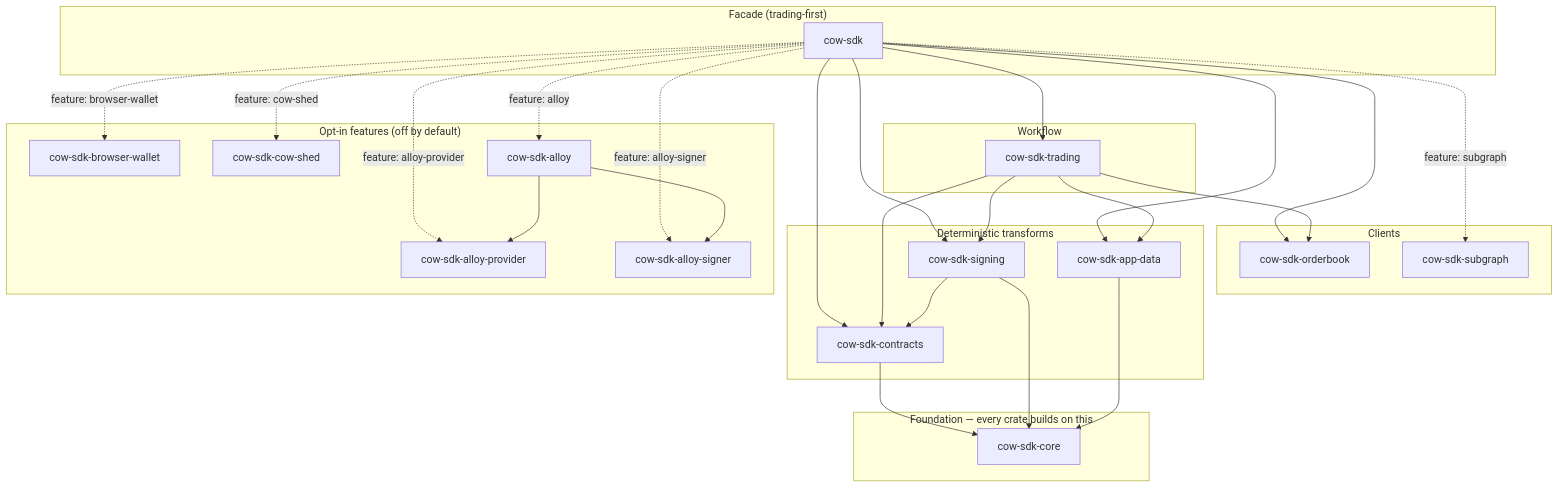
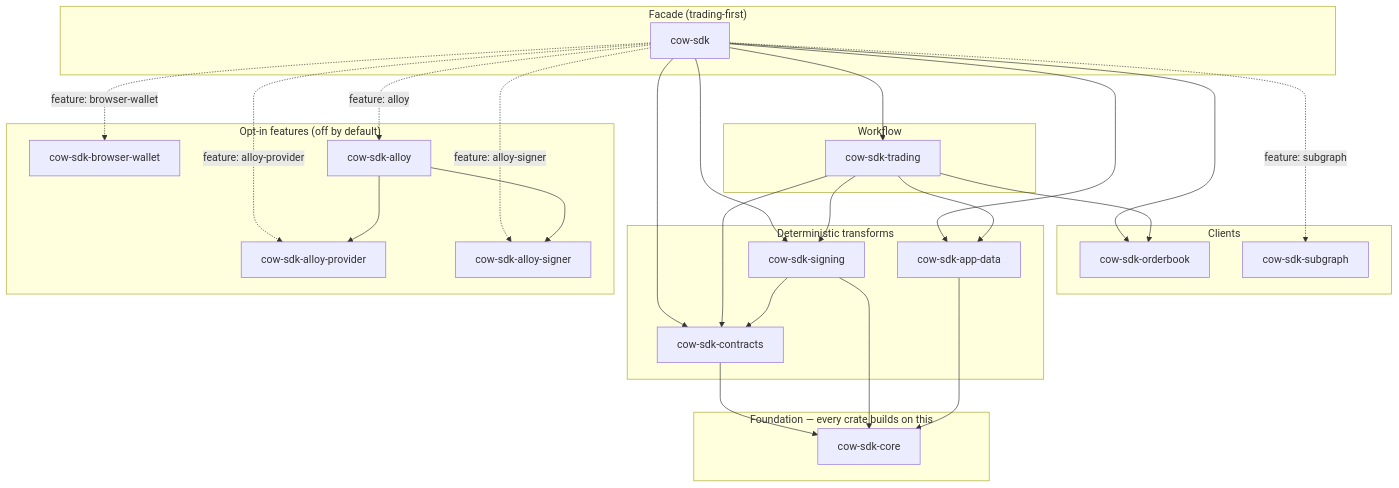
Before and after one commit to 0xSymbiome/cow-rs: the first of 2 diagrams in docs/architecture.md, drawn with Mermaid. The commit also changed other lines of this file and 96 other files, not shown here.

````diff
--- a/docs/architecture.md
+++ b/docs/architecture.md
@@ -6,50 +6,48 @@
 ```mermaid
 flowchart TD
   subgraph cl_facade["Facade (trading-first)"]
     sdk["cow-sdk"]
   end
   subgraph cl_workflow["Workflow"]
     trading["cow-sdk-trading"]
   end
   subgraph cl_clients["Clients"]
     orderbook["cow-sdk-orderbook"]
     subgraph_crate["cow-sdk-subgraph"]
   end
   subgraph cl_transforms["Deterministic transforms"]
     contracts["cow-sdk-contracts"]
     signing["cow-sdk-signing"]
     appdata["cow-sdk-app-data"]
   end
   subgraph cl_features["Opt-in features (off by default)"]
     wallet["cow-sdk-browser-wallet"]
-    cow_shed["cow-sdk-cow-shed"]
     alloy["cow-sdk-alloy"]
     alloy_provider["cow-sdk-alloy-provider"]
     alloy_signer["cow-sdk-alloy-signer"]
   end
   subgraph cl_foundation["Foundation — every crate builds on this"]
     core["cow-sdk-core"]
   end
 
   sdk --> trading
   sdk --> orderbook
   sdk --> contracts
   sdk --> signing
   sdk --> appdata
   sdk -.->|feature: subgraph| subgraph_crate
   sdk -.->|feature: browser-wallet| wallet
-  sdk -.->|feature: cow-shed| cow_shed
   sdk -.->|feature: alloy| alloy
   sdk -.->|feature: alloy-provider| alloy_provider
   sdk -.->|feature: alloy-signer| alloy_signer
   trading --> orderbook
   trading --> signing
   trading --> appdata
   trading --> contracts
   signing --> contracts
   alloy --> alloy_provider
   alloy --> alloy_signer
   contracts --> core
   signing --> core
   appdata --> core
 ```
````
